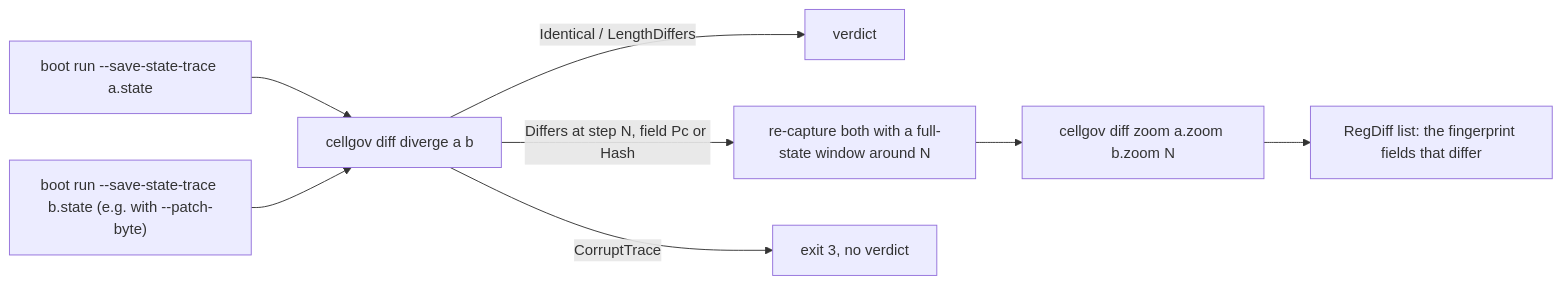
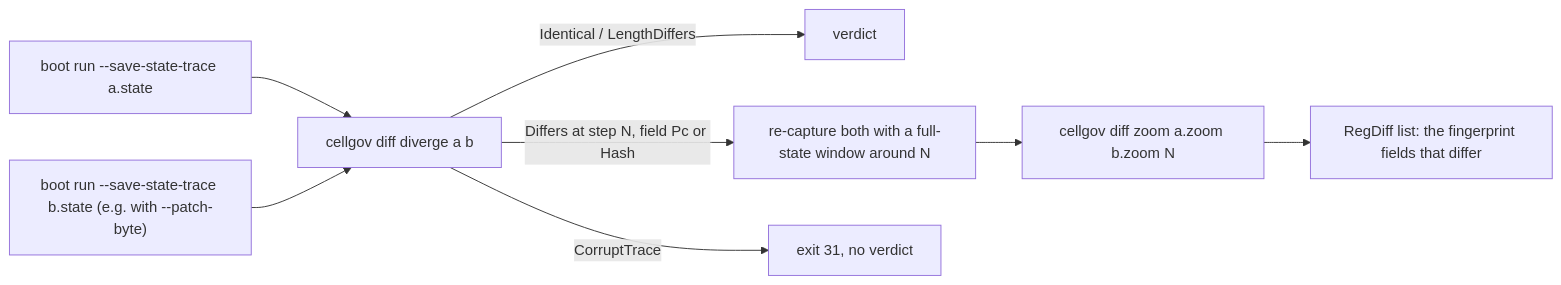
The second of 2 diagrams in docs/architecture/comparison.md (RoyalAce22/CellGov), drawn with Mermaid before and after one commit. The commit also changed other lines of this file, not shown here.

Commit message:
docs(architecture): diff diverge exits 31, not 3, on a corrupt trace

````diff
--- a/docs/architecture/comparison.md
+++ b/docs/architecture/comparison.md
@@ -125,10 +125,10 @@
 ```mermaid
 flowchart LR
   a["boot run --save-state-trace a.state"] --> dv["cellgov diff diverge a b"]
   b["boot run --save-state-trace b.state (e.g. with --patch-byte)"] --> dv
   dv -->|Identical / LengthDiffers| done["verdict"]
   dv -->|"Differs at step N, field Pc or Hash"| win["re-capture both with a full-state window around N"]
-  dv -->|CorruptTrace| bad["exit 3, no verdict"]
+  dv -->|CorruptTrace| bad["exit 31, no verdict"]
   win --> zm["cellgov diff zoom a.zoom b.zoom N"]
   zm --> rd["RegDiff list: the fingerprint fields that differ"]
 ```
````
